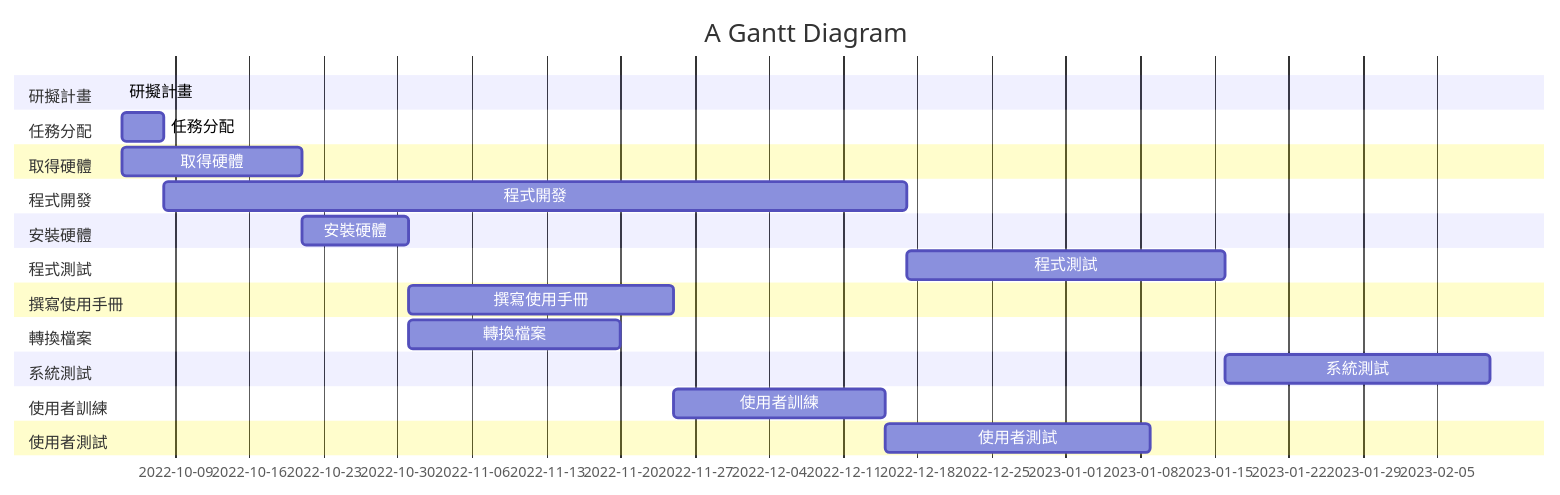
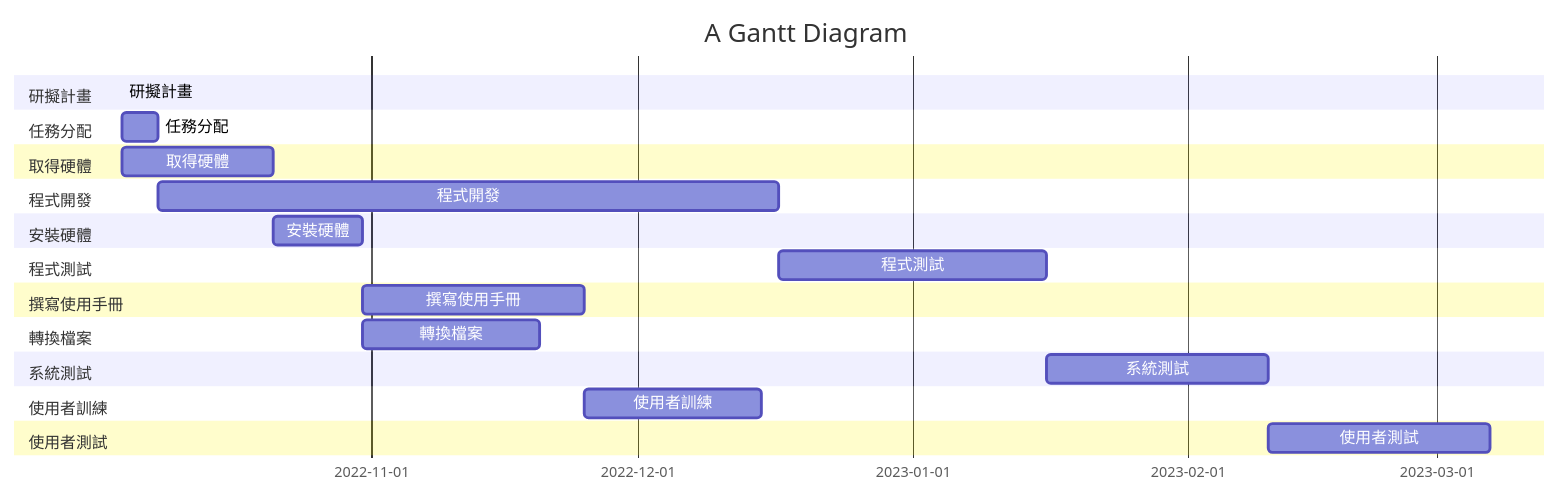
The diagram in hw2.md (angus426/2022_3B_System_Analysis), drawn with Mermaid before and after one commit.

````diff
--- a/hw2.md
+++ b/hw2.md
@@ -3,27 +3,27 @@
 ```mermaid
 gantt
     title A Gantt Diagram
 
     section 研擬計畫
     研擬計畫         :active,  des1,2022-10-04  , 2022-10-04
     section 任務分配
     任務分配      :des2, after des1 , 4d
     section 取得硬體
     取得硬體     :des3, after des1 , 17d
     section 程式開發
     程式開發      :des4, after des2 , 70d
     section 安裝硬體
     安裝硬體      :des5, after des3 , 10d
     section 程式測試
     程式測試      :des6, after des4 , 30d
     section 撰寫使用手冊
     撰寫使用手冊      :des7, after des5 , 25d
     section 轉換檔案
     轉換檔案      :des8, after des5 , 20d
     section 系統測試
     系統測試      :des9, after des6 , 25d
     section 使用者訓練
     使用者訓練      :des10, after des7 , 20d
     section 使用者測試
-    使用者測試      :des11, after des10 , 25d
+    使用者測試      :des11, after des9 , 25d
 ```
````
